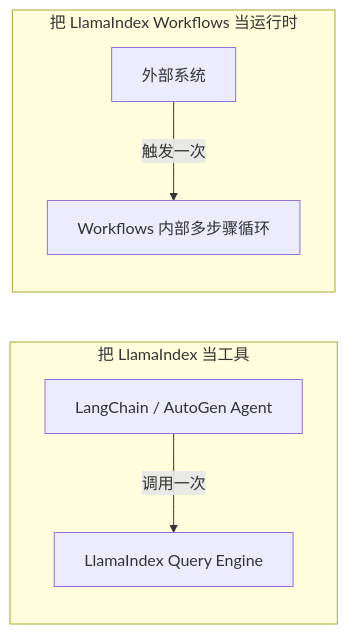
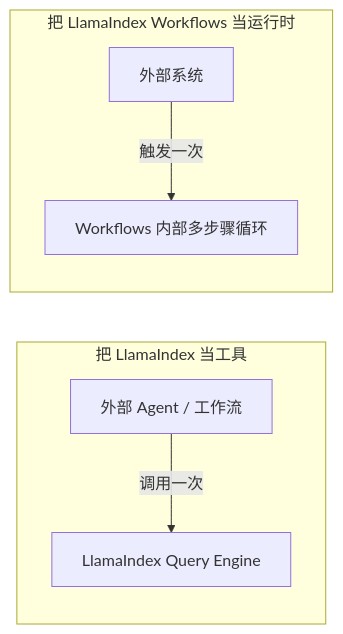
Before and after one commit to oneleaveknowsthefall/awesome-ai-roadmap: the second of 2 diagrams in docs/frameworks/02-llamaindex/15-query-engine-workflows.md, drawn with Mermaid. The commit also changed other lines of this file and 61 other files, not shown here.

````diff
--- a/docs/frameworks/02-llamaindex/15-query-engine-workflows.md
+++ b/docs/frameworks/02-llamaindex/15-query-engine-workflows.md
@@ -75,9 +86,9 @@
 ```mermaid
 flowchart LR
     subgraph A["把 LlamaIndex 当工具"]
-        A1["LangChain / AutoGen Agent"] -->|"调用一次"| A2["LlamaIndex Query Engine"]
+        A1["外部 Agent / 工作流"] -->|"调用一次"| A2["LlamaIndex Query Engine"]
     end
     subgraph B["把 LlamaIndex Workflows 当运行时"]
         B1["外部系统"] -->|"触发一次"| B2["Workflows 内部多步骤循环"]
     end
 ```
````
